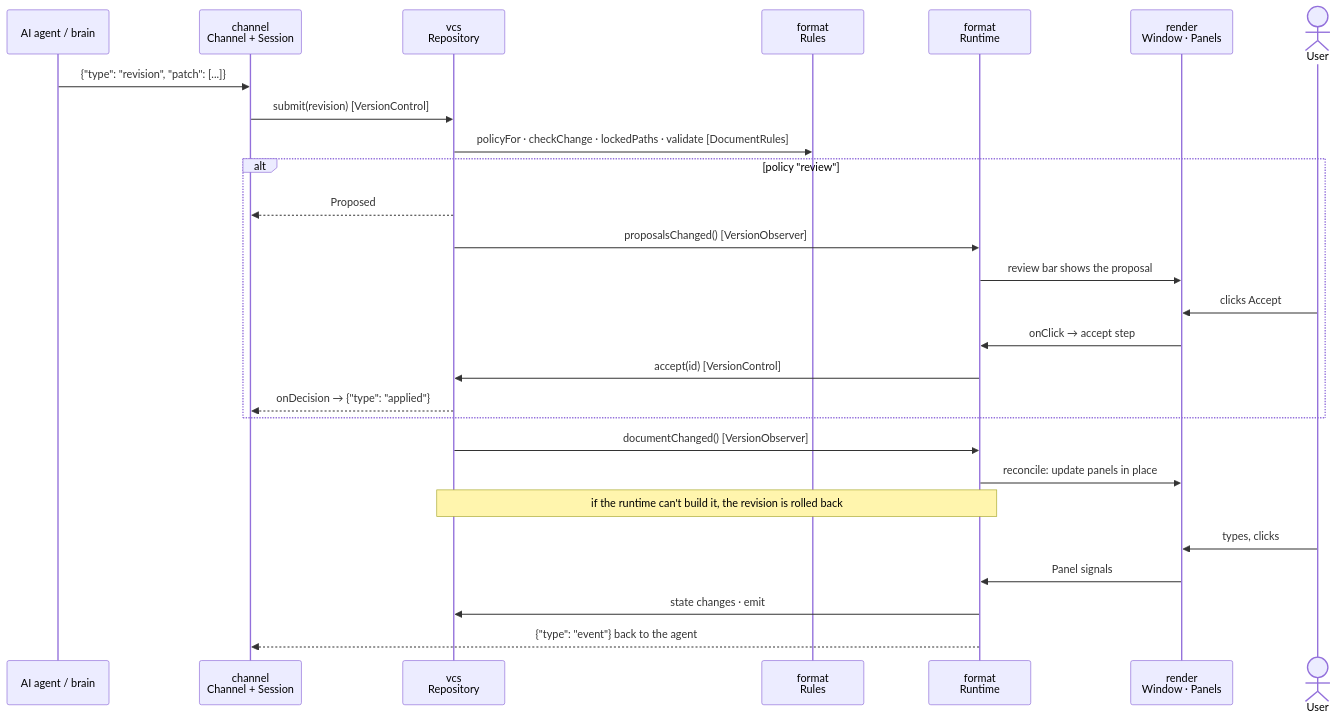
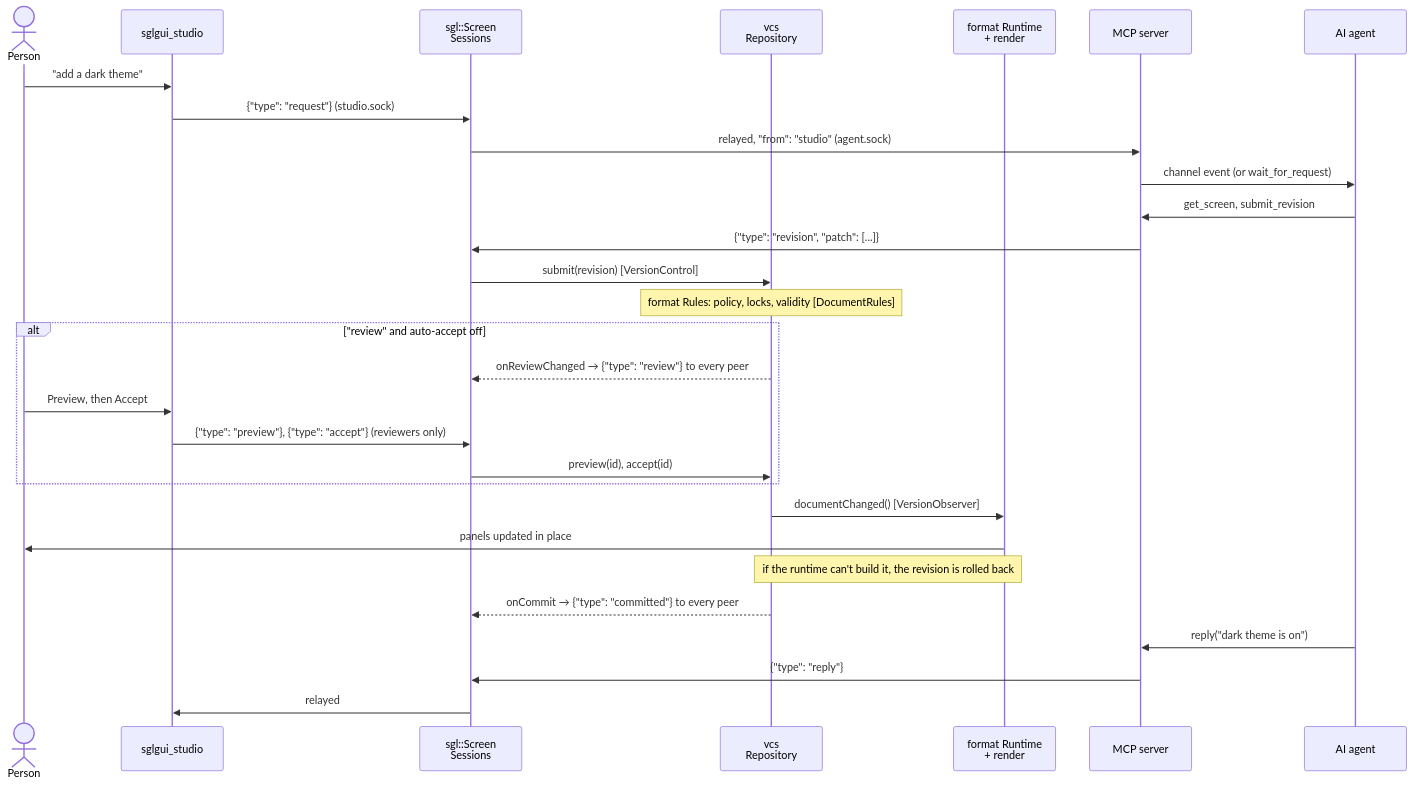
The third of 4 diagrams in README.md (RiccardoSottini/AffrescoUI), drawn with Mermaid before and after one commit. The commit also changed other lines of this file and 16 other files, not shown here.

First line of the commit message:
Replace the chat demo with sglgui_host, the Studio and a two-way MCP bridge

````diff
--- a/README.md
+++ b/README.md
@@ -62,30 +130,32 @@
 ```mermaid
 sequenceDiagram
-    participant Agent as AI agent / brain
-    participant Chan as channel<br/>Channel + Session
+    actor Person
+    participant Studio as sglgui_studio
+    participant Peers as sgl::Screen<br/>Sessions
     participant VCS as vcs<br/>Repository
-    participant Rules as format<br/>Rules
-    participant RT as format<br/>Runtime
-    participant R as render<br/>Window · Panels
-    actor User
+    participant RT as format Runtime<br/>+ render
+    participant MCP as MCP server
+    participant Agent as AI agent
 
-    Agent->>Chan: {"type": "revision", "patch": [...]}
-    Chan->>VCS: submit(revision)  [VersionControl]
-    VCS->>Rules: policyFor · checkChange · lockedPaths · validate  [DocumentRules]
-    alt policy "review"
-        VCS-->>Chan: Proposed
-        VCS->>RT: proposalsChanged()  [VersionObserver]
-        RT->>R: review bar shows the proposal
-        User->>R: clicks Accept
-        R->>RT: onClick → accept step
-        RT->>VCS: accept(id)  [VersionControl]
-        VCS-->>Chan: onDecision → {"type": "applied"}
+    Person->>Studio: "add a dark theme"
+    Studio->>Peers: {"type": "request"}  (studio.sock)
+    Peers->>MCP: relayed, "from": "studio"  (agent.sock)
+    MCP->>Agent: channel event (or wait_for_request)
+    Agent->>MCP: get_screen, submit_revision
+    MCP->>Peers: {"type": "revision", "patch": [...]}
+    Peers->>VCS: submit(revision)  [VersionControl]
+    Note over VCS: format Rules: policy, locks, validity  [DocumentRules]
+    alt "review" and auto-accept off
+        VCS-->>Peers: onReviewChanged → {"type": "review"} to every peer
+        Person->>Studio: Preview, then Accept
+        Studio->>Peers: {"type": "preview"}, {"type": "accept"}  (reviewers only)
+        Peers->>VCS: preview(id), accept(id)
     end
     VCS->>RT: documentChanged()  [VersionObserver]
-    RT->>R: reconcile: update panels in place
+    RT->>Person: panels updated in place
     Note over VCS,RT: if the runtime can't build it, the revision is rolled back
-    User->>R: types, clicks
-    R->>RT: Panel signals
-    RT->>VCS: state changes · emit
-    RT-->>Chan: {"type": "event"} back to the agent
+    VCS-->>Peers: onCommit → {"type": "committed"} to every peer
+    Agent->>MCP: reply("dark theme is on")
+    MCP->>Peers: {"type": "reply"}
+    Peers->>Studio: relayed
 ```
````
